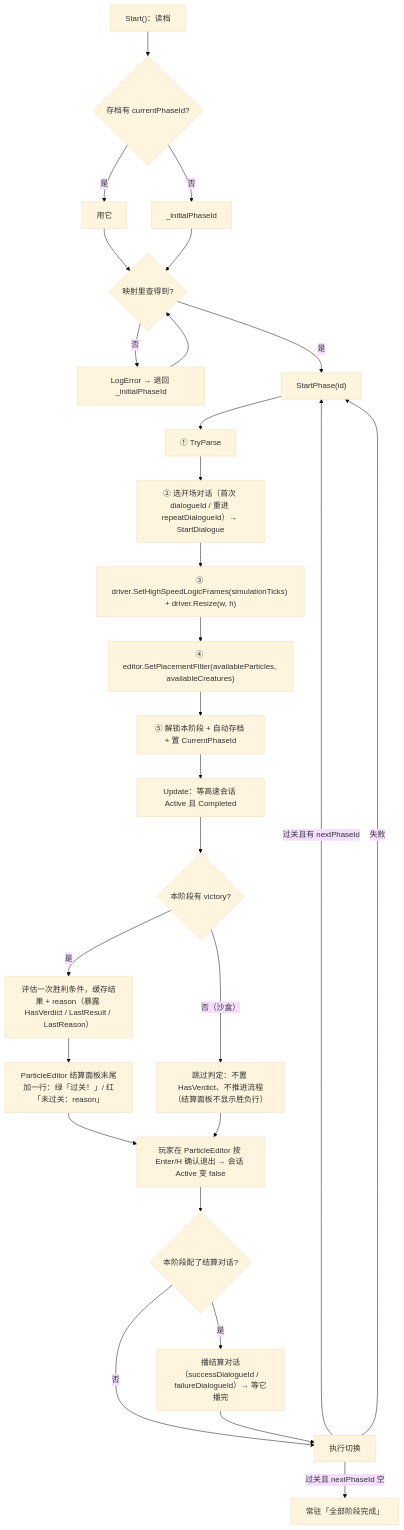
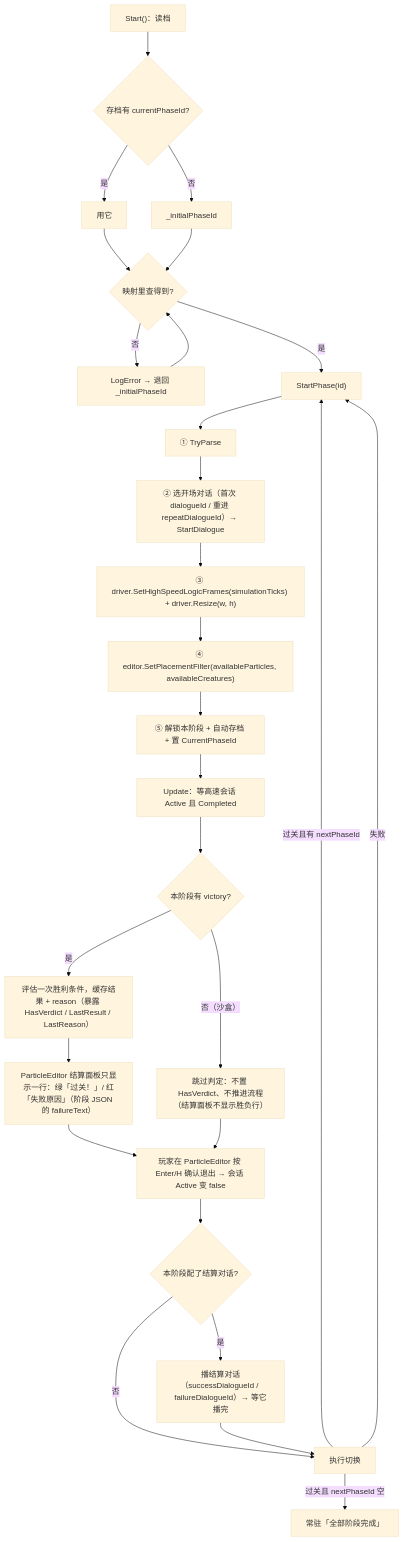
One commit to liziluyu/ThreeDaysofGenesis changed the first of 2 diagrams in docs/GameFlow.md. Above: the diagram before and after it, drawn with Mermaid (base theme). The commit also changed other lines of this file and 11 other files, not shown here.

First line of the commit message:
feat(flow): 阶段失败文案 failureText，高速结算只显示一行

````diff
--- a/docs/GameFlow.md
+++ b/docs/GameFlow.md
@@ -199,30 +205,30 @@
 ```mermaid
 flowchart TD
     A["Start()：读档"] --> B{存档有 currentPhaseId?}
     B -- 是 --> C[用它]
     B -- 否 --> D[_initialPhaseId]
     C --> E{映射里查得到?}
     D --> E
     E -- 否 --> F[LogError → 退回 _initialPhaseId]
     F --> E
     E -- 是 --> G["StartPhase(id)"]
     G --> H["① TryParse"]
     H --> I["② 选开场对话（首次 dialogueId / 重进 repeatDialogueId）→ StartDialogue"]
     I --> J["③ driver.SetHighSpeedLogicFrames(simulationTicks) + driver.Resize(w, h)"]
     J --> K["④ editor.SetPlacementFilter(availableParticles, availableCreatures)"]
     K --> L["⑤ 解锁本阶段 + 自动存档 + 置 CurrentPhaseId"]
     L --> M["Update：等高速会话 Active 且 Completed"]
     M --> N{"本阶段有 victory?"}
     N -- 是 --> N2["评估一次胜利条件，缓存结果 + reason（暴露 HasVerdict / LastResult / LastReason）"]
     N -- 否（沙盒）--> N3["跳过判定：不置 HasVerdict、不推进流程（结算面板不显示胜负行）"]
-    N2 --> O["ParticleEditor 结算面板末尾加一行：绿「过关！」/ 红「未过关：reason」"]
+    N2 --> O["ParticleEditor 结算面板只显示一行：绿「过关！」/ 红「失败原因」（阶段 JSON 的 failureText）"]
     O --> P["玩家在 ParticleEditor 按 Enter/H 确认退出 → 会话 Active 变 false"]
     P --> R{"本阶段配了结算对话?"}
     R -- 是 --> R2["播结算对话（successDialogueId / failureDialogueId）→ 等它播完"]
     R -- 否 --> S
     R2 --> S["执行切换"]
     S -- 过关且 nextPhaseId 空 --> Q["常驻「全部阶段完成」"]
     S -- 过关且有 nextPhaseId --> G
     S -- 失败 --> G
     N3 --> P
 ```
````
